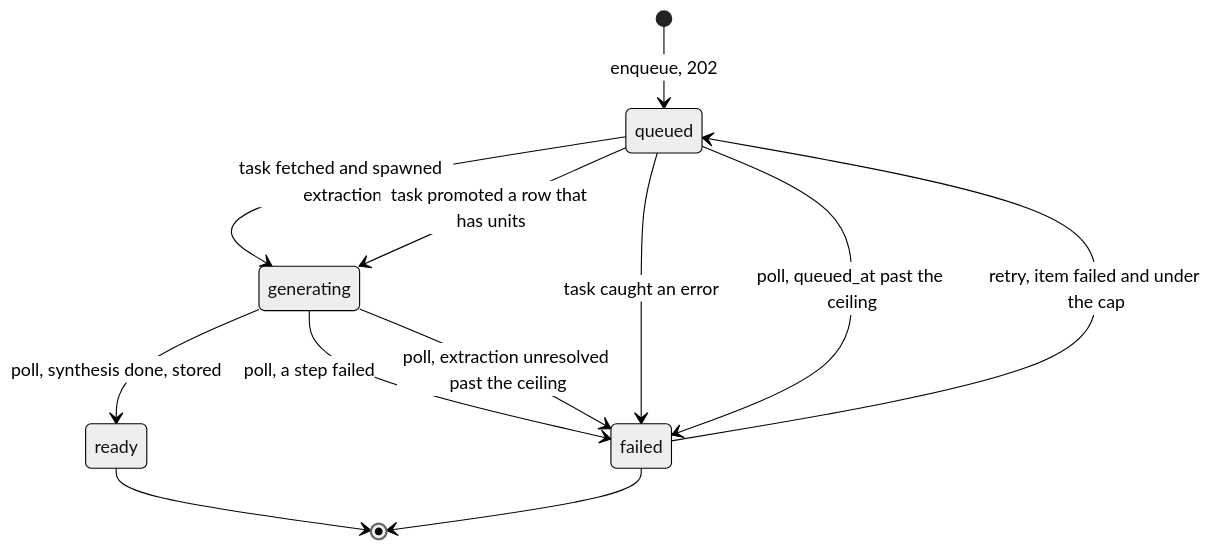
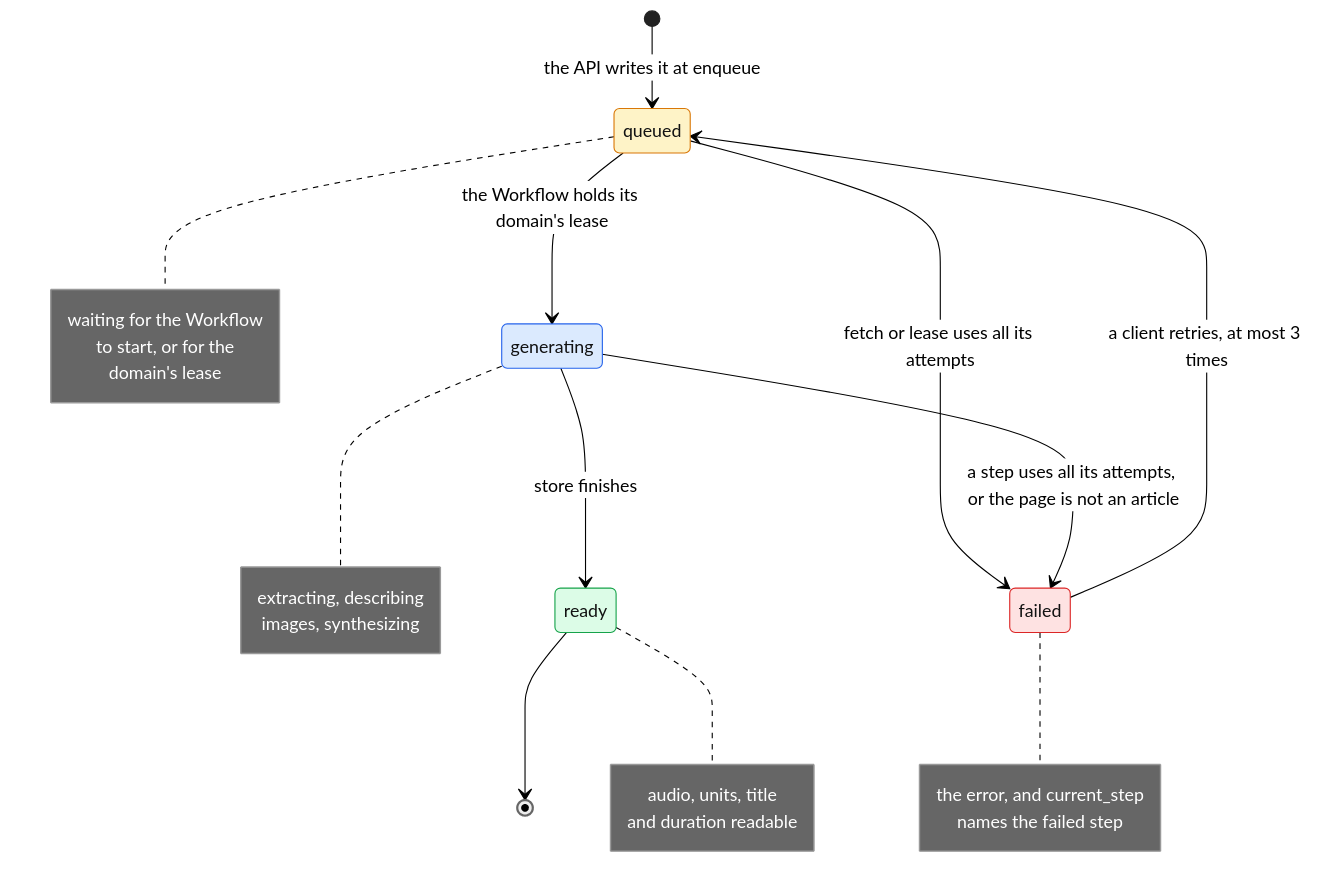
One commit to asermax/nagara changed the second of 4 diagrams in docs/technical-design/item-lifecycle.md. Above: the diagram before and after it, drawn with Mermaid (neutral theme). The commit also changed other lines of this file and 18 other files, not shown here.

````diff
--- a/docs/technical-design/item-lifecycle.md
+++ b/docs/technical-design/item-lifecycle.md
@@ -40,14 +125,22 @@
 ```mermaid
 stateDiagram-v2
-    [*] --> queued: enqueue, 202
-    queued --> generating: task fetched and spawned extraction
-    queued --> generating: task promoted a row that has units
-    queued --> failed: task caught an error
-    queued --> failed: poll, queued_at past the ceiling
-    generating --> ready: poll, synthesis done, stored
-    generating --> failed: poll, a step failed
-    generating --> failed: poll, extraction unresolved past the ceiling
-    failed --> queued: retry, item failed and under the cap
+    [*] --> queued : the API writes it at enqueue
+    queued --> generating : the Workflow holds its domain's lease
+    generating --> ready : store finishes
+    queued --> failed : fetch or lease uses all its attempts
+    generating --> failed : a step uses all its attempts, or the page is not an article
+    failed --> queued : a client retries, at most 3 times
     ready --> [*]
-    failed --> [*]
+    note right of queued : waiting for the Workflow<br/>to start, or for the<br/>domain's lease
+    note right of generating : extracting, describing<br/>images, synthesizing
+    note right of ready : audio, units, title<br/>and duration readable
+    note right of failed : the error, and current_step<br/>names the failed step
+    classDef waiting fill:#fef3c7,stroke:#d97706
+    classDef working fill:#dbeafe,stroke:#2563eb
+    classDef done fill:#dcfce7,stroke:#16a34a
+    classDef broken fill:#fee2e2,stroke:#dc2626
+    class queued waiting
+    class generating working
+    class ready done
+    class failed broken
 ```
````
